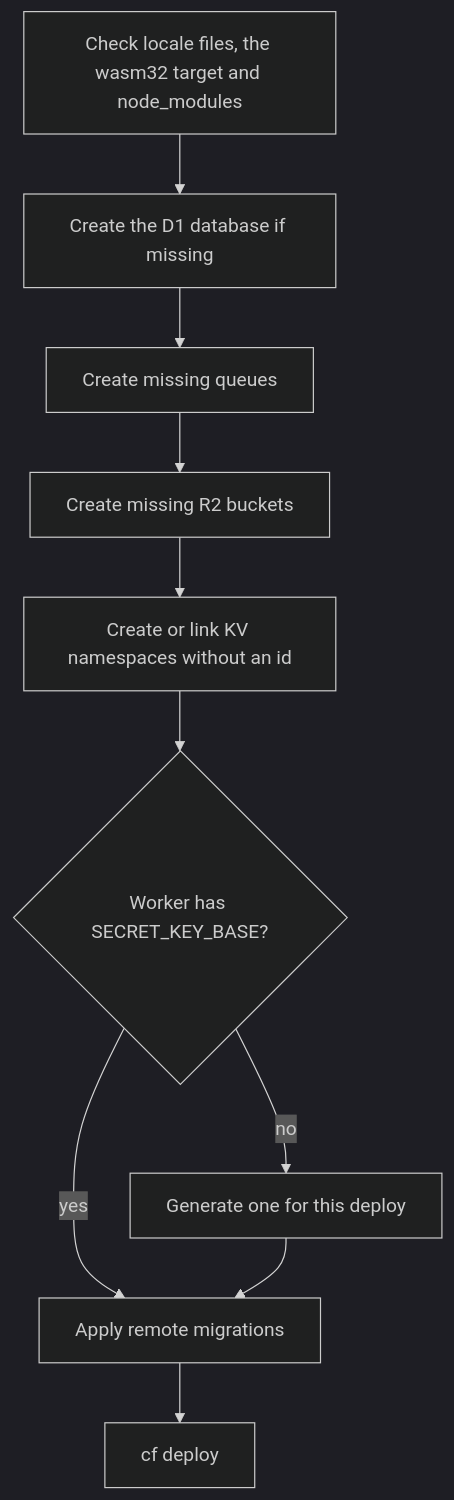
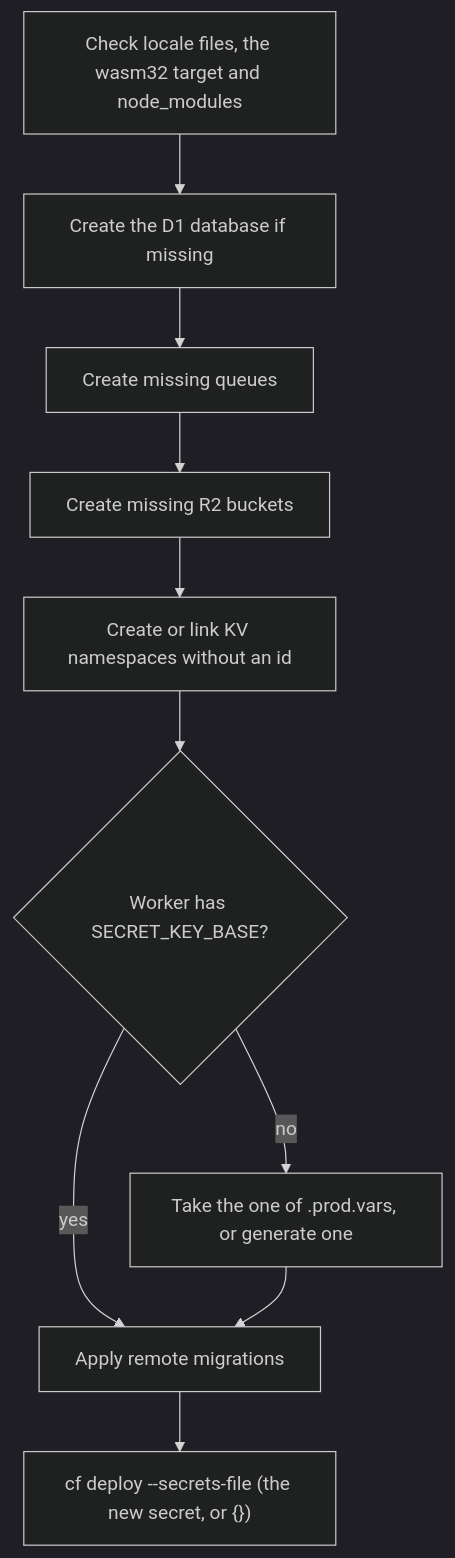
One commit to tgeselle/ocre.rs changed the diagram in docs/src/guides/deployment.md. Above: the diagram before and after it, drawn with Mermaid (dark theme). The commit also changed other lines of this file and 11 other files, not shown here.

Commit message:
ocre deploy: always pass --secrets-file (JSON, {} when nothing to add) so cf keeps the Worker's secrets

````diff
--- a/docs/src/guides/deployment.md
+++ b/docs/src/guides/deployment.md
@@ -39,12 +39,12 @@
 ```mermaid
 flowchart TD
     A[Check locale files, the wasm32 target and node_modules] --> B[Create the D1 database if missing]
     B --> C[Create missing queues]
     C --> D[Create missing R2 buckets]
     D --> E[Create or link KV namespaces without an id]
     E --> F{Worker has SECRET_KEY_BASE?}
-    F -- no --> G[Generate one for this deploy]
+    F -- no --> G[Take the one of .prod.vars, or generate one]
     F -- yes --> H[Apply remote migrations]
     G --> H
-    H --> I[cf deploy]
+    H --> I["cf deploy --secrets-file (the new secret, or {})"]
 ```
````
